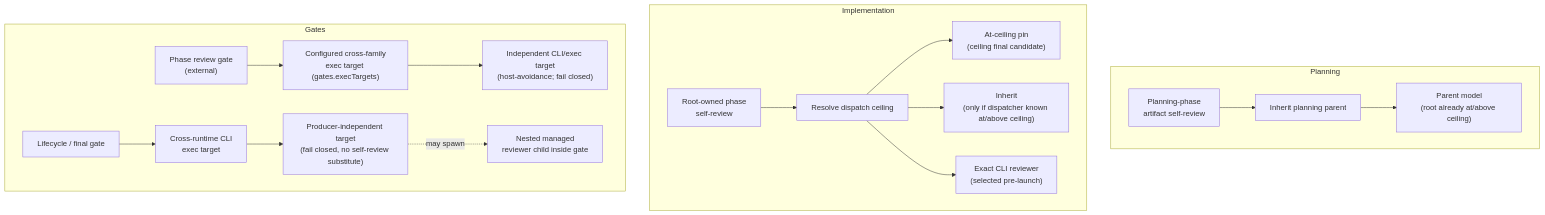
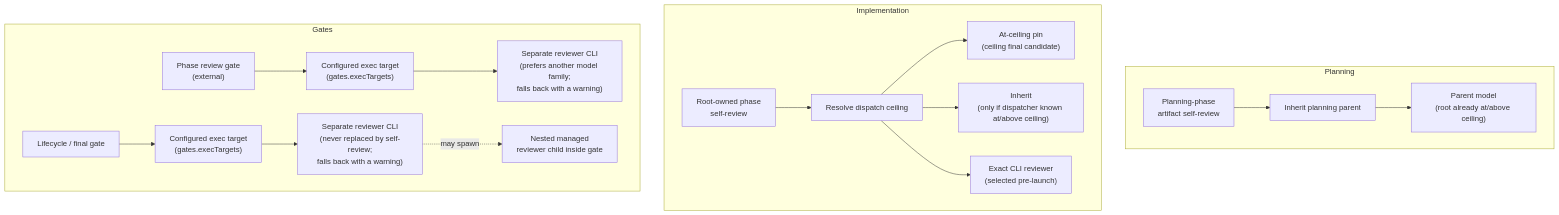
One commit to voxmedia/open-agent-toolkit changed the diagram in apps/oat-docs/docs/workflows/projects/reviews/review-flavors.md. Above: the diagram before and after it, drawn with Mermaid. The commit also changed other lines of this file and 22 other files, not shown here.

````diff
--- a/apps/oat-docs/docs/workflows/projects/reviews/review-flavors.md
+++ b/apps/oat-docs/docs/workflows/projects/reviews/review-flavors.md
@@ -41,23 +41,23 @@
 ```mermaid
 flowchart TD
   subgraph Planning
     PL["Planning-phase\nartifact self-review"] --> PLR["Inherit planning parent"]
     PLR --> PLT["Parent model\n(root already at/above ceiling)"]
   end
 
   subgraph Implementation
     IM["Root-owned phase\nself-review"] --> IMR["Resolve dispatch ceiling"]
     IMR --> IMPIN["At-ceiling pin\n(ceiling final candidate)"]
     IMR --> IMINH["Inherit\n(only if dispatcher known at/above ceiling)"]
     IMR --> IMCLI["Exact CLI reviewer\n(selected pre-launch)"]
   end
 
   subgraph Gates
-    PG["Phase review gate\n(external)"] --> PGR["Configured cross-family\nexec target (gates.execTargets)"]
-    PGR --> PGT["Independent CLI/exec target\n(host-avoidance; fail closed)"]
+    PG["Phase review gate\n(external)"] --> PGR["Configured exec target\n(gates.execTargets)"]
+    PGR --> PGT["Separate reviewer CLI\n(prefers another model family;\nfalls back with a warning)"]
 
-    LG["Lifecycle / final gate"] --> LGR["Cross-runtime CLI\nexec target"]
-    LGR --> LGT["Producer-independent target\n(fail closed, no self-review substitute)"]
+    LG["Lifecycle / final gate"] --> LGR["Configured exec target\n(gates.execTargets)"]
+    LGR --> LGT["Separate reviewer CLI\n(never replaced by self-review;\nfalls back with a warning)"]
     LGT -. may spawn .-> LGN["Nested managed\nreviewer child inside gate"]
   end
 ```
````
